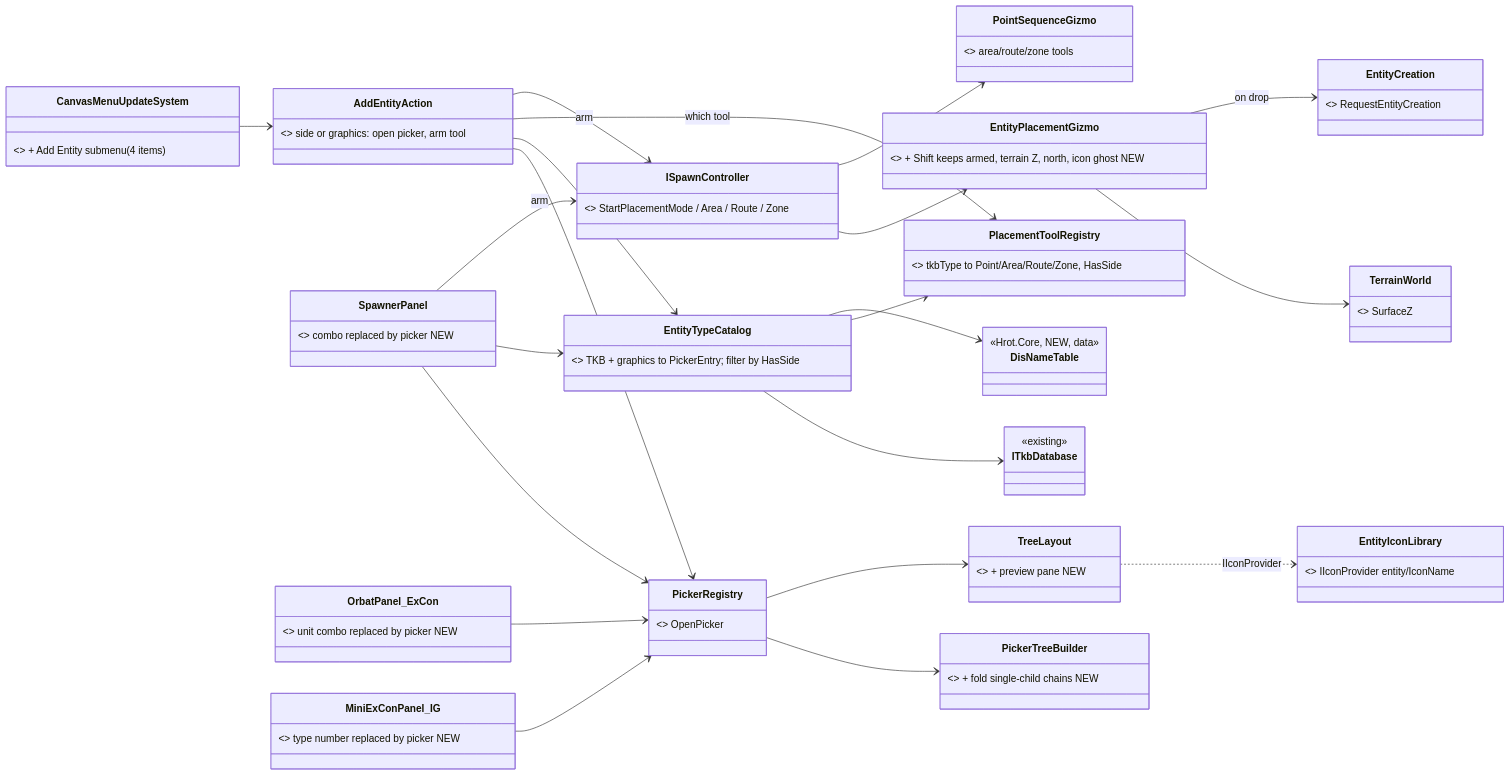
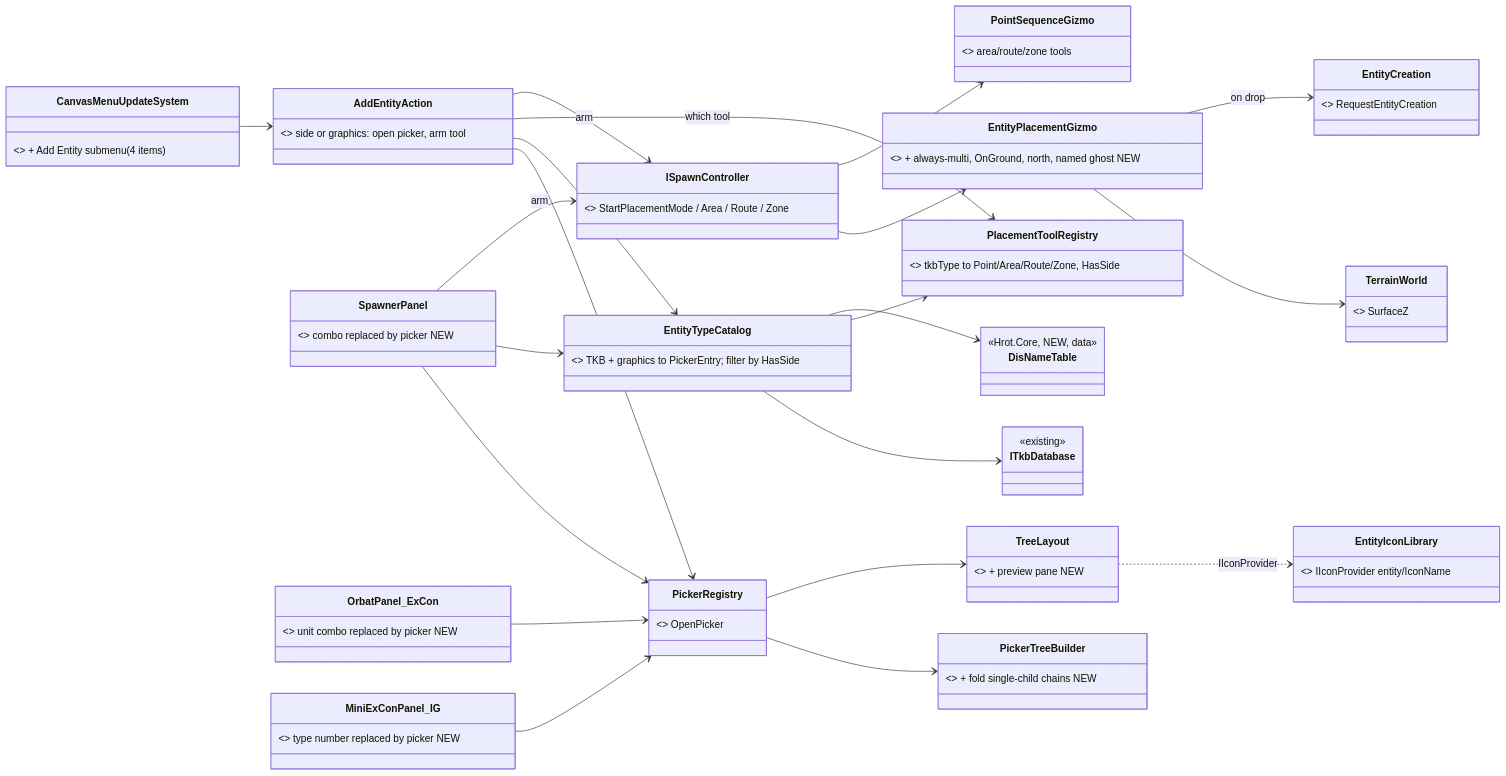
Before and after one commit to pjanec/HROT: the first of 6 diagrams in docs/DESIGN_Add_Entity_Picker.md, drawn with Mermaid. The commit also changed other lines of this file and 10 other files, not shown here.

````diff
--- a/docs/DESIGN_Add_Entity_Picker.md
+++ b/docs/DESIGN_Add_Entity_Picker.md
@@ -298,42 +298,42 @@
 ```mermaid
 classDiagram
     direction LR
     class CanvasMenuUpdateSystem { <<Hrot.Presentation, existing>> + Add Entity submenu (4 items) }
     class AddEntityAction { <<Hrot.Presentation, NEW>> side or graphics: open picker, arm tool }
     class SpawnerPanel { <<existing>> combo replaced by picker NEW }
     class OrbatPanel_ExCon { <<existing>> unit combo replaced by picker NEW }
     class MiniExConPanel_IG { <<existing>> type number replaced by picker NEW }
     class EntityTypeCatalog { <<Hrot.Presentation, NEW>> TKB + graphics to PickerEntry; filter by HasSide }
     class PlacementToolRegistry { <<Hrot.Presentation, NEW>> tkbType to Point/Area/Route/Zone, HasSide }
     class DisNameTable { <<Hrot.Core, NEW, data>> }
     class EntityIconLibrary { <<Hrot.Presentation, NEW>> IIconProvider entity/IconName }
     class PickerRegistry { <<NodeEditor.UI, existing>> OpenPicker }
     class PickerTreeBuilder { <<existing>> + fold single-child chains NEW }
     class TreeLayout { <<existing>> + preview pane NEW }
     class ISpawnController { <<existing>> StartPlacementMode / Area / Route / Zone }
-    class EntityPlacementGizmo { <<existing>> + Shift keeps armed, terrain Z, north, icon ghost NEW }
+    class EntityPlacementGizmo { <<existing>> + always-multi, OnGround, north, named ghost NEW }
     class PointSequenceGizmo { <<existing>> area/route/zone tools }
     class EntityCreation { <<Hrot.Common, existing>> RequestEntityCreation }
     class ITkbDatabase { <<existing>> }
     class TerrainWorld { <<Fdp.Toolkits, existing>> SurfaceZ }
     CanvasMenuUpdateSystem --> AddEntityAction
     AddEntityAction --> PickerRegistry
     SpawnerPanel --> PickerRegistry
     OrbatPanel_ExCon --> PickerRegistry
     MiniExConPanel_IG --> PickerRegistry
     AddEntityAction --> EntityTypeCatalog
     SpawnerPanel --> EntityTypeCatalog
     EntityTypeCatalog --> ITkbDatabase
     EntityTypeCatalog --> PlacementToolRegistry
     EntityTypeCatalog --> DisNameTable
     AddEntityAction --> PlacementToolRegistry : which tool
     AddEntityAction --> ISpawnController : arm
     SpawnerPanel --> ISpawnController : arm
     ISpawnController --> EntityPlacementGizmo
     ISpawnController --> PointSequenceGizmo
     EntityPlacementGizmo --> TerrainWorld
     EntityPlacementGizmo --> EntityCreation : on drop
     PickerRegistry --> PickerTreeBuilder
     PickerRegistry --> TreeLayout
     TreeLayout ..> EntityIconLibrary : IIconProvider
 ```
````
